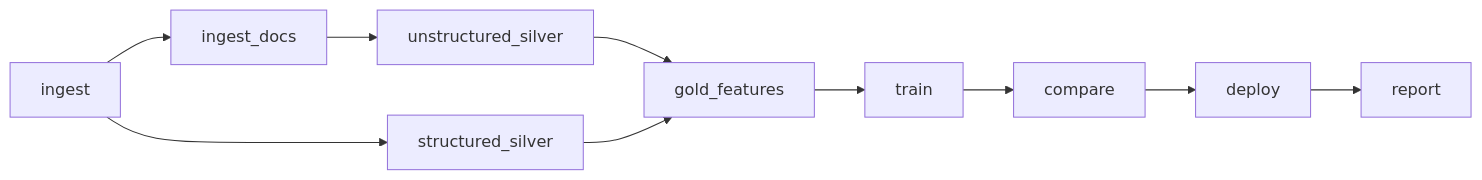
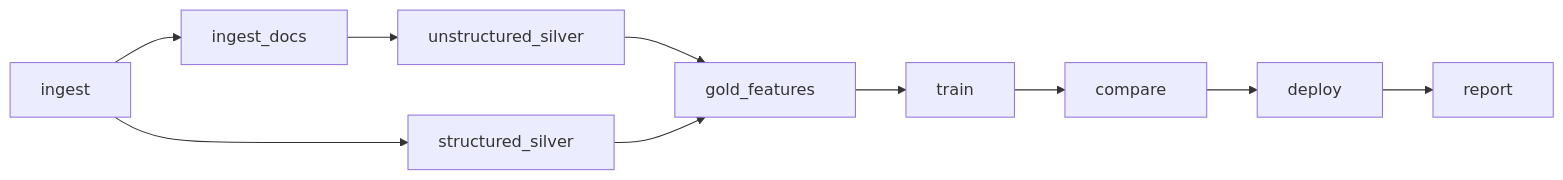
The third of 3 diagrams in README.md (ShabadVaswani/worldbank-outcome-databricks), drawn with Mermaid before and after one commit. The commit also changed other lines of this file, not shown here.

Commit message:
README: pad Mermaid labels so GitHub doesn't clip them

````diff
--- a/README.md
+++ b/README.md
@@ -157,6 +157,15 @@
 ```mermaid
 flowchart LR
+  ingest["ingest#nbsp;#nbsp;"]
+  ingest_docs["ingest_docs#nbsp;#nbsp;"]
+  unstructured_silver["unstructured_silver#nbsp;#nbsp;"]
+  structured_silver["structured_silver#nbsp;#nbsp;"]
+  gold_features["gold_features#nbsp;#nbsp;"]
+  train["train#nbsp;#nbsp;"]
+  compare["compare#nbsp;#nbsp;"]
+  deploy["deploy#nbsp;#nbsp;"]
+  report["report#nbsp;#nbsp;"]
   ingest --> ingest_docs --> unstructured_silver --> gold_features
   ingest --> structured_silver --> gold_features
   gold_features --> train --> compare --> deploy --> report
 ```
````
